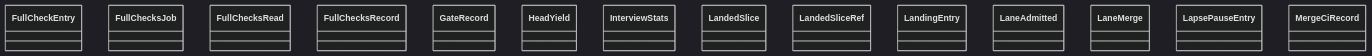
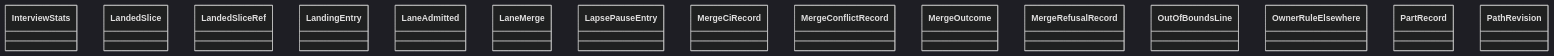
Before and after one commit to GonzaloZevallos/agentic-system: the diagram in docs/architecture/generated/classes-process-domain-state-7.md, drawn with Mermaid (dark theme). The commit also changed other lines of this file and 9 other files, not shown here.

````diff
--- a/docs/architecture/generated/classes-process-domain-state-7.md
+++ b/docs/architecture/generated/classes-process-domain-state-7.md
@@ -32,17 +32,18 @@
 ```mermaid
 classDiagram
-    class task__FullCheckEntry["FullCheckEntry"]
-    class task__FullChecksJob["FullChecksJob"]
-    class task__FullChecksRead["FullChecksRead"]
-    class task__FullChecksRecord["FullChecksRecord"]
-    class task__GateRecord["GateRecord"]
-    class task__HeadYield["HeadYield"]
     class task__InterviewStats["InterviewStats"]
     class task__LandedSlice["LandedSlice"]
     class task__LandedSliceRef["LandedSliceRef"]
     class task__LandingEntry["LandingEntry"]
     class task__LaneAdmitted["LaneAdmitted"]
     class task__LaneMerge["LaneMerge"]
     class task__LapsePauseEntry["LapsePauseEntry"]
     class task__MergeCiRecord["MergeCiRecord"]
+    class task__MergeConflictRecord["MergeConflictRecord"]
+    class task__MergeOutcome["MergeOutcome"]
+    class task__MergeRefusalRecord["MergeRefusalRecord"]
+    class task__OutOfBoundsLine["OutOfBoundsLine"]
+    class task__OwnerRuleElsewhere["OwnerRuleElsewhere"]
+    class task__PartRecord["PartRecord"]
+    class task__PathRevision["PathRevision"]
 ```
````
